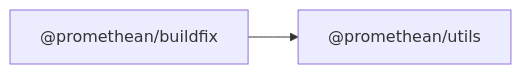
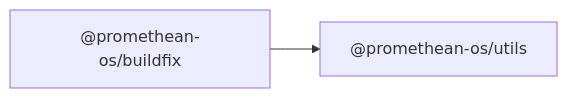
One commit to octave-commons/promethean changed the diagram in docs/packages/buildfix/README.md. Above: the diagram before and after it, drawn with Mermaid. The commit also changed other lines of this file and 1753 other files, not shown here.

````diff
--- a/docs/packages/buildfix/README.md
+++ b/docs/packages/buildfix/README.md
@@ -14,7 +14,7 @@
 ```mermaid
 graph LR
-  A["@promethean/buildfix"]
-  D1["@promethean/utils"]
-  A --> D1["@promethean/utils"]
-  click D1 "../utils/README.md" "@promethean/utils"
+  A["@promethean-os/buildfix"]
+  D1["@promethean-os/utils"]
+  A --> D1["@promethean-os/utils"]
+  click D1 "../utils/README.md" "@promethean-os/utils"
 ```
````
